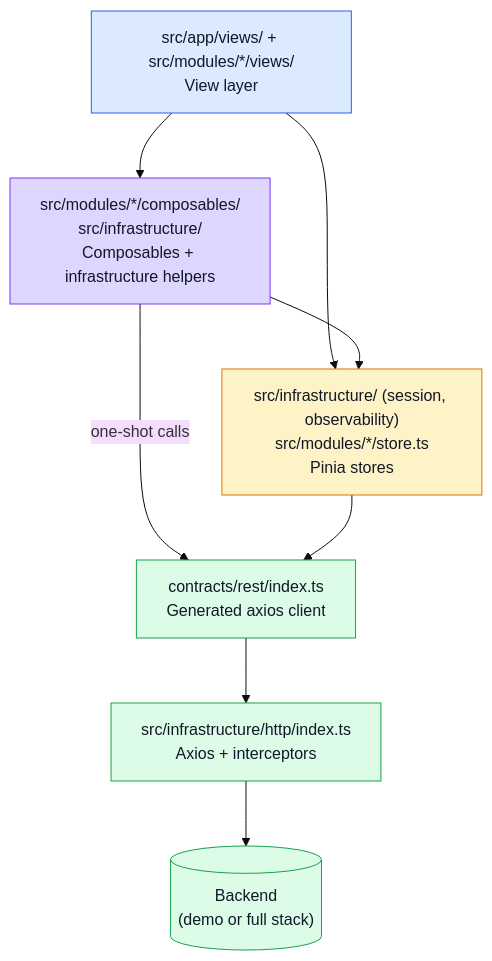
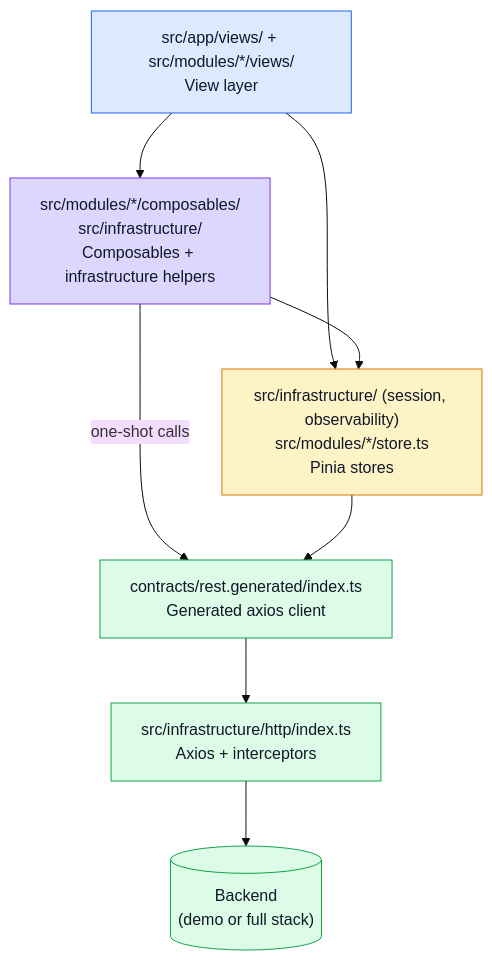
One commit to Guebbit/boilerplate-vue-frontend changed the second of 3 diagrams in docs/theory/layers.md. Above: the diagram before and after it, drawn with Mermaid (base theme). The commit also changed other lines of this file and 99 other files, not shown here.

First line of the commit message:
refactor(contracts): mark every generated output with a .generated name

````diff
--- a/docs/theory/layers.md
+++ b/docs/theory/layers.md
@@ -111,20 +111,20 @@
 ```mermaid
 %%{init: {'flowchart': {'nodeSpacing': 45, 'rankSpacing': 65}}}%%
 flowchart TD
     A["src/app/views/ + src/modules/*/views/\nView layer"] --> B["src/modules/*/composables/\nsrc/infrastructure/\nComposables + infrastructure helpers"]
     A --> C
     B --> C["src/infrastructure/ (session, observability)\nsrc/modules/*/store.ts\nPinia stores"]
-    B -->|"one-shot calls"| D["contracts/rest/index.ts\nGenerated axios client"]
+    B -->|"one-shot calls"| D["contracts/rest.generated/index.ts\nGenerated axios client"]
     C --> D
     D --> E["src/infrastructure/http/index.ts\nAxios + interceptors"]
     E --> F[("Backend\n(demo or full stack)")]
 
     classDef view fill:#dbeafe,stroke:#2563eb,color:#111827;
     classDef comp fill:#ddd6fe,stroke:#7c3aed,color:#111827;
     classDef store fill:#fef3c7,stroke:#d97706,color:#111827;
     classDef http fill:#dcfce7,stroke:#16a34a,color:#111827;
     class A view;
     class B comp;
     class C store;
     class D,E,F http;
 ```
````
